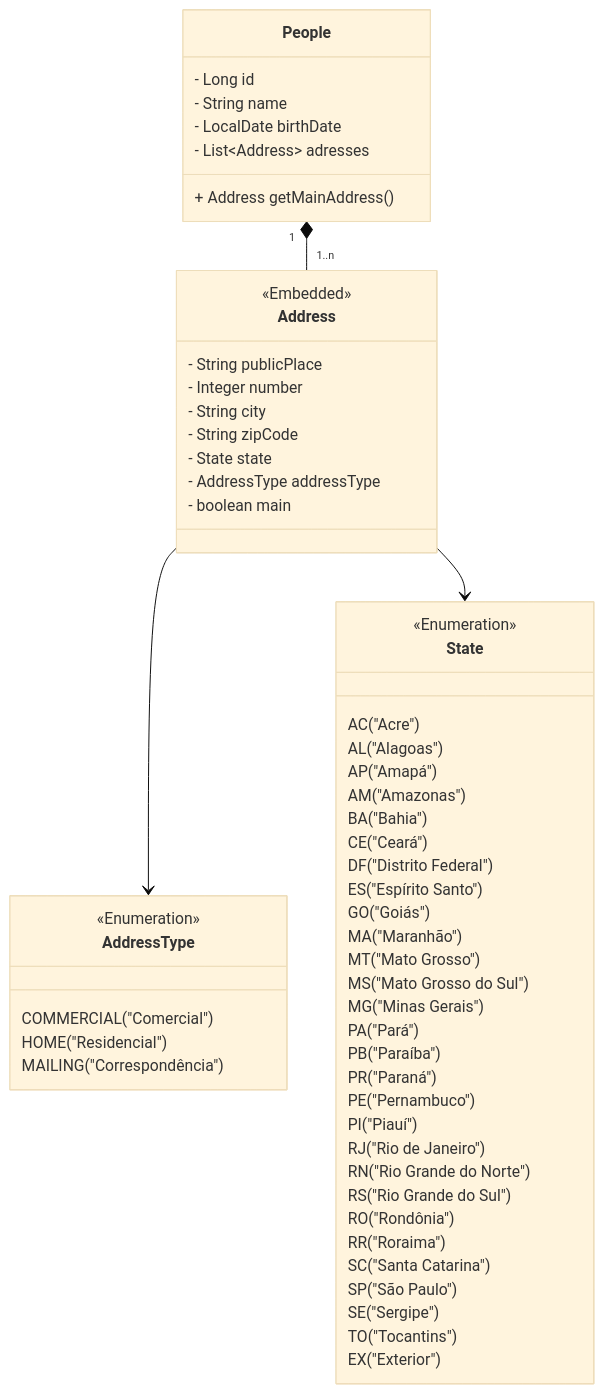
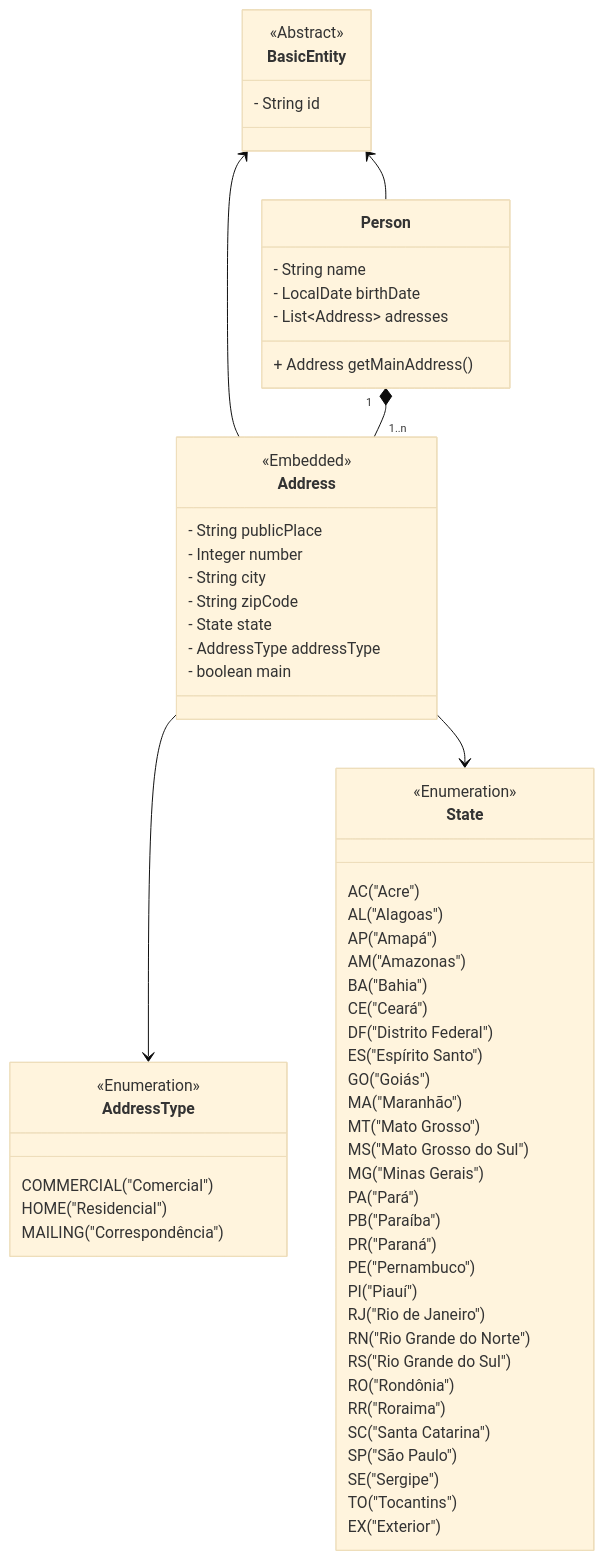
One commit to didifive/peoplehub changed the diagram in README.md. Above: the diagram before and after it, drawn with Mermaid (base theme). The commit also changed 9 other files, not shown here.

````diff
--- a/README.md
+++ b/README.md
@@ -43,64 +43,70 @@
 ```mermaid
 classDiagram
-    class People {
-        - Long id
+    class BasicEntity {
+        <<Abstract>>
+        - String id
+    }
+
+    class Person {
         - String name
         - LocalDate birthDate
         - List~Address~ adresses
         + Address getMainAddress()
     }
 
     class Address {
         <<Embedded>>
         - String publicPlace
         - Integer number
         - String city
         - String zipCode
         - State state
         - AddressType addressType
         - boolean main
     }
 
     class AddressType {
         <<Enumeration>>
         COMMERCIAL("Comercial")
         HOME("Residencial")
         MAILING("Correspondência")
     }
 
     class State {
         <<Enumeration>>
         AC("Acre")
         AL("Alagoas")
         AP("Amapá")
         AM("Amazonas")
         BA("Bahia")
         CE("Ceará")
         DF("Distrito Federal")
         ES("Espírito Santo")
         GO("Goiás")
         MA("Maranhão")
         MT("Mato Grosso")
         MS("Mato Grosso do Sul")
         MG("Minas Gerais")
         PA("Pará")
         PB("Paraíba")
         PR("Paraná")
         PE("Pernambuco")
         PI("Piauí")
         RJ("Rio de Janeiro")
         RN("Rio Grande do Norte")
         RS("Rio Grande do Sul")
         RO("Rondônia")
         RR("Roraima")
         SC("Santa Catarina")
         SP("São Paulo")
         SE("Sergipe")
         TO("Tocantins")
         EX("Exterior")
     }
 
-    People "1" *-- "1..n" Address
+    BasicEntity <-- Person
+    BasicEntity <-- Address
+    Person "1" *-- "1..n" Address
     Address --> AddressType
     Address --> State
 ``` 
````
